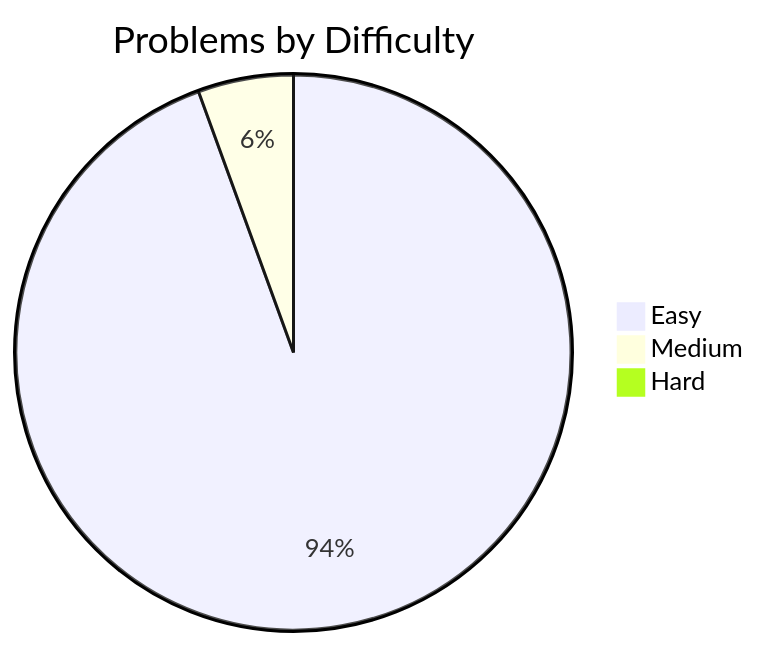
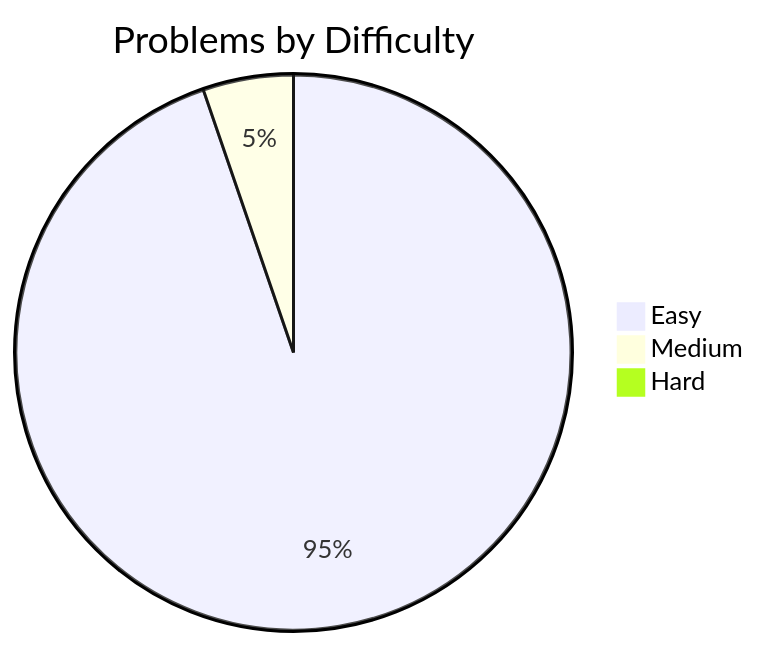
One commit to davelin18yufan/leetcode-journal changed the diagram in README.md. Above: the diagram before and after it, drawn with Mermaid. The commit also changed other lines of this file and 2 other files, not shown here.

````diff
--- a/README.md
+++ b/README.md
@@ -9,7 +9,7 @@
 ```mermaid
 pie
     title Problems by Difficulty
-    "Easy" : 17
+    "Easy" : 18
     "Medium" : 1
     "Hard" : 0
 ```
````
